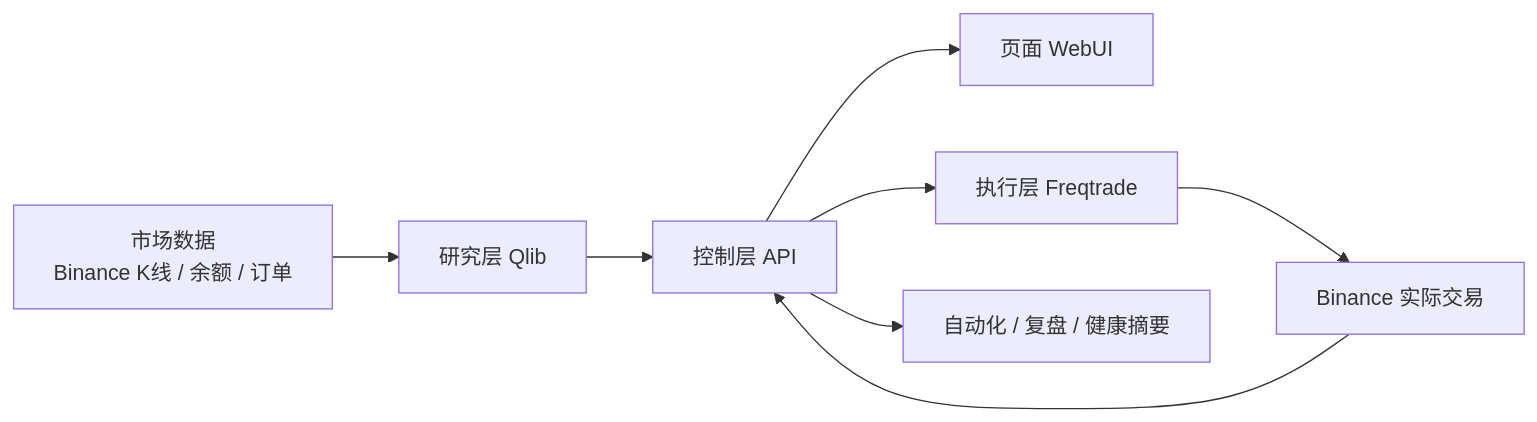
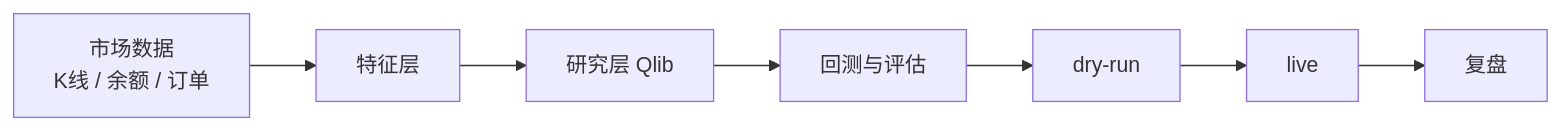
Before and after one commit to tutouguai1933/Quant: the first of 3 diagrams in docs/system-flow-guide.md, drawn with Mermaid. The commit also changed other lines of this file and 45 other files, not shown here.

````diff
--- a/docs/system-flow-guide.md
+++ b/docs/system-flow-guide.md
@@ -24,10 +15,9 @@
 ```mermaid
 flowchart LR
-    A[市场数据<br/>Binance K线 / 余额 / 订单] --> B[研究层 Qlib]
-    B --> C[控制层 API]
-    C --> D[页面 WebUI]
-    C --> E[执行层 Freqtrade]
-    E --> F[Binance 实际交易]
-    F --> C
-    C --> G[自动化 / 复盘 / 健康摘要]
+    A[市场数据<br/>K线 / 余额 / 订单] --> B[特征层]
+    B --> C[研究层 Qlib]
+    C --> D[回测与评估]
+    D --> E[dry-run]
+    E --> F[live]
+    F --> G[复盘]
 ```
````
